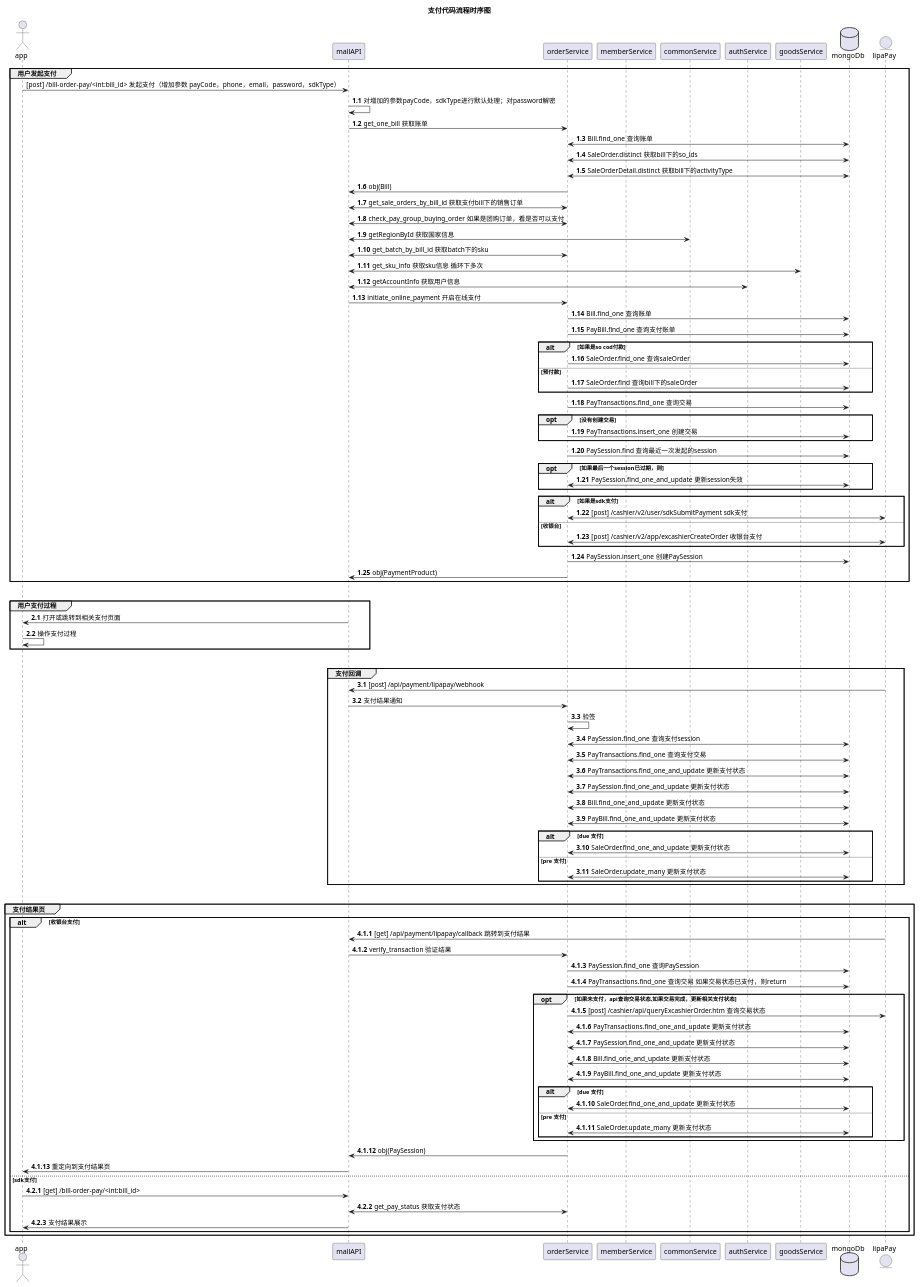
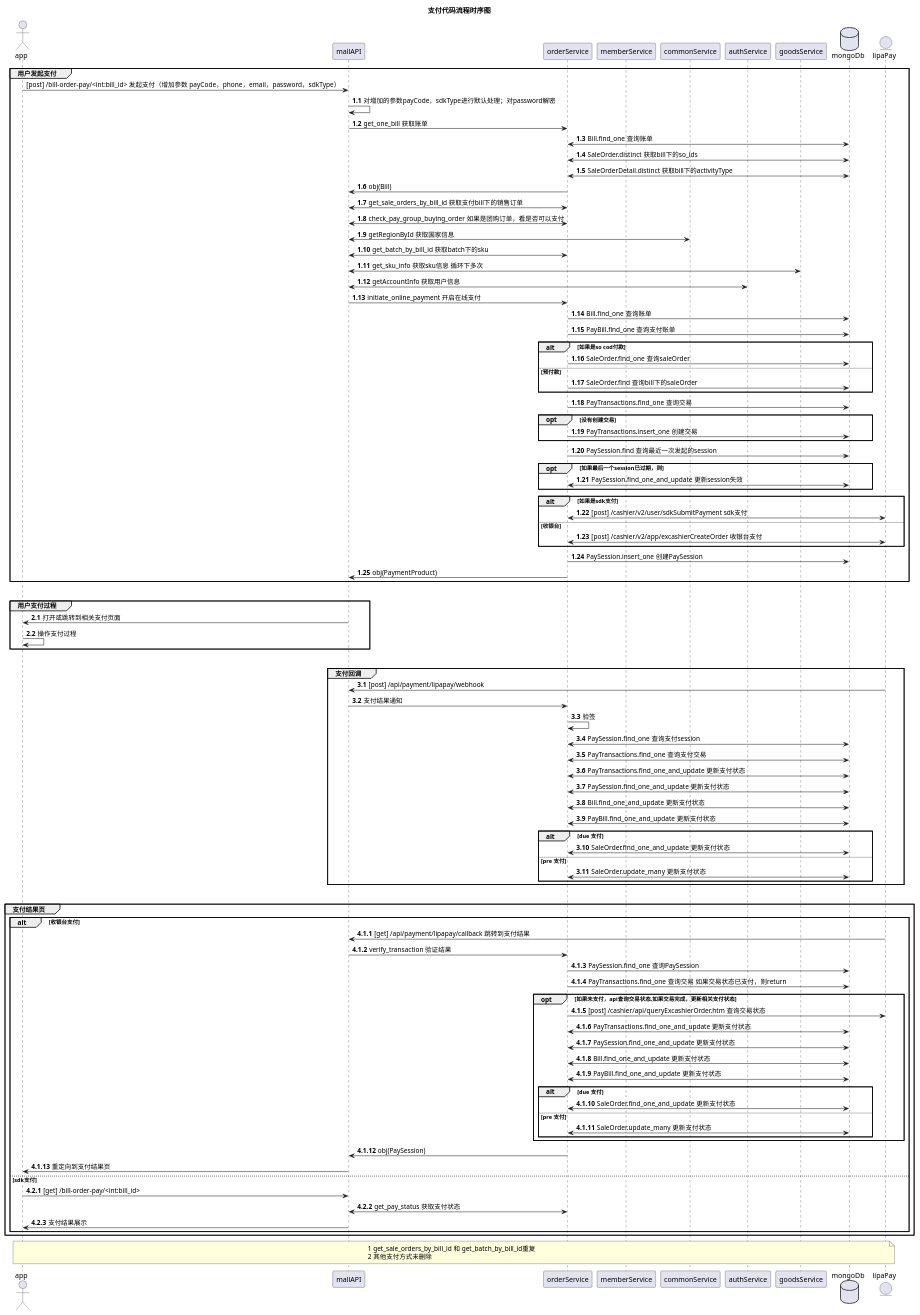
The diagram in plantuml/流程图/支付代码时序图.puml (silencexys2017/xiao_test), drawn with PlantUML before and after one commit. The commit also changed 1 other file, not shown here.

```diff
--- a/plantuml/流程图/支付代码时序图.puml
+++ b/plantuml/流程图/支付代码时序图.puml
@@ -1,106 +1,110 @@
 @startuml
 title 支付代码流程时序图
 
 actor         app                as app      order 1
 participant   mallAPI            as api      order 2
 participant   orderService       as orders   order 3
 participant   memberService      as member   order 4
 participant   commonService      as common   order 5
 participant   authService        as auth     order 6
 participant   goodsService       as goods    order 7
 database      mongoDb            as db       order 10
 entity        lipaPay            as pay      order 11
 
 group 用户发起支付
 app -> api: [post] /bill-order-pay/<int:bill_id>  发起支付（增加参数 payCode，phone，email，password，sdkType）
 autonumber 1.1
 api -> api: 对增加的参数payCode，sdkType进行默认处理；对password解密
 api -> orders: get_one_bill 获取账单
 orders <-> db: Bill.find_one 查询账单
 orders <-> db: SaleOrder.distinct 获取bill下的so_ids
 orders <-> db: SaleOrderDetail.distinct 获取bill下的activityType
 orders -> api: obj(Bill)
 api <-> orders: get_sale_orders_by_bill_id 获取支付bill下的销售订单
 api <-> orders: check_pay_group_buying_order 如果是团购订单，看是否可以支付
 api <-> common: getRegionById 获取国家信息
 api <-> orders: get_batch_by_bill_id 获取batch下的sku
 api <-> goods: get_sku_info 获取sku信息 循环下多次
 api <-> auth: getAccountInfo 获取用户信息
 api -> orders: initiate_online_payment 开启在线支付
 orders -> db: Bill.find_one 查询账单
 orders -> db: PayBill.find_one 查询支付账单
 alt 如果是so cod付款
 orders -> db: SaleOrder.find_one 查询saleOrder
 else 预付款
 orders -> db: SaleOrder.find 查询bill下的saleOrder
 end
 orders -> db: PayTransactions.find_one 查询交易
 opt 没有创建交易
 orders -> db: PayTransactions.insert_one 创建交易
 end
 orders -> db: PaySession.find 查询最近一次发起的session
 opt 如果最后一个session已过期，则
 orders <-> db: PaySession.find_one_and_update 更新session失效
 end
 alt 如果是sdk支付
 orders <-> pay: [post] /cashier/v2/user/sdkSubmitPayment sdk支付
 else 收银台
 orders <-> pay: [post] /cashier/v2/app/excashierCreateOrder 收银台支付
 end
 orders -> db: PaySession.insert_one 创建PaySession
 orders -> api: obj(PaymentProduct)
 end
 |||
 group 用户支付过程
 autonumber 2.1
 api -> app: 打开或跳转到相关支付页面
 app -> app: 操作支付过程
 end
 |||
 group 支付回调
 autonumber 3.1
 pay -> api: [post] /api/payment/lipapay/webhook
 api -> orders: 支付结果通知
 orders -> orders: 验签
 orders <-> db: PaySession.find_one 查询支付session
 orders <-> db: PayTransactions.find_one 查询支付交易
 orders <-> db: PayTransactions.find_one_and_update 更新支付状态
 orders <-> db: PaySession.find_one_and_update 更新支付状态
 orders <-> db: Bill.find_one_and_update 更新支付状态
 orders <-> db: PayBill.find_one_and_update 更新支付状态
 alt due 支付
 orders <-> db: SaleOrder.find_one_and_update 更新支付状态
 else pre 支付
 orders <-> db: SaleOrder.update_many 更新支付状态
 end
 end
 |||
 group 支付结果页
 alt 收银台支付
 autonumber 4.1.1
 pay -> api: [get] /api/payment/lipapay/callback 跳转到支付结果
 api -> orders: verify_transaction 验证结果
 orders -> db: PaySession.find_one 查询PaySession
 orders -> db: PayTransactions.find_one 查询交易 如果交易状态已支付，则return
 opt 如果未支付，api查询交易状态,如果交易完成，更新相关支付状态
 orders -> pay: [post] /cashier/api/queryExcashierOrder.htm 查询交易状态
 orders <-> db: PayTransactions.find_one_and_update 更新支付状态
 orders <-> db: PaySession.find_one_and_update 更新支付状态
 orders <-> db: Bill.find_one_and_update 更新支付状态
 orders <-> db: PayBill.find_one_and_update 更新支付状态
 alt due 支付
 orders <-> db: SaleOrder.find_one_and_update 更新支付状态
 else pre 支付
 orders <-> db: SaleOrder.update_many 更新支付状态
 end
 end
 orders -> api: obj(PaySession)
 api -> app: 重定向到支付结果页
 else sdk支付
 autonumber 4.2.1
 app -> api: [get] /bill-order-pay/<int:bill_id>
 api <-> orders: get_pay_status 获取支付状态
 api -> app: 支付结果展示
 end
 end
+note over app, pay
+1 get_sale_orders_by_bill_id 和 get_batch_by_bill_id重复
+2 其他支付方式未删除
+end note
 @enduml
```
